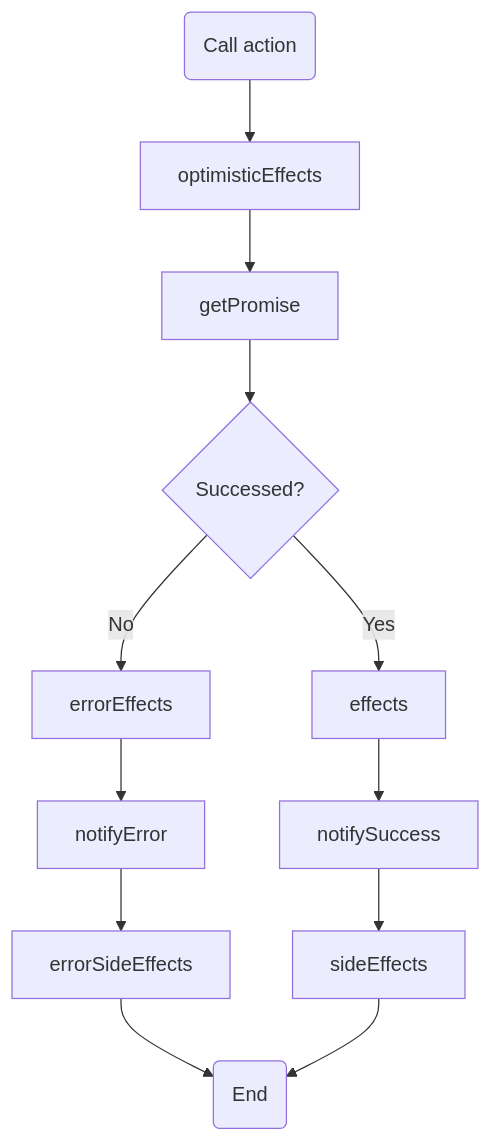
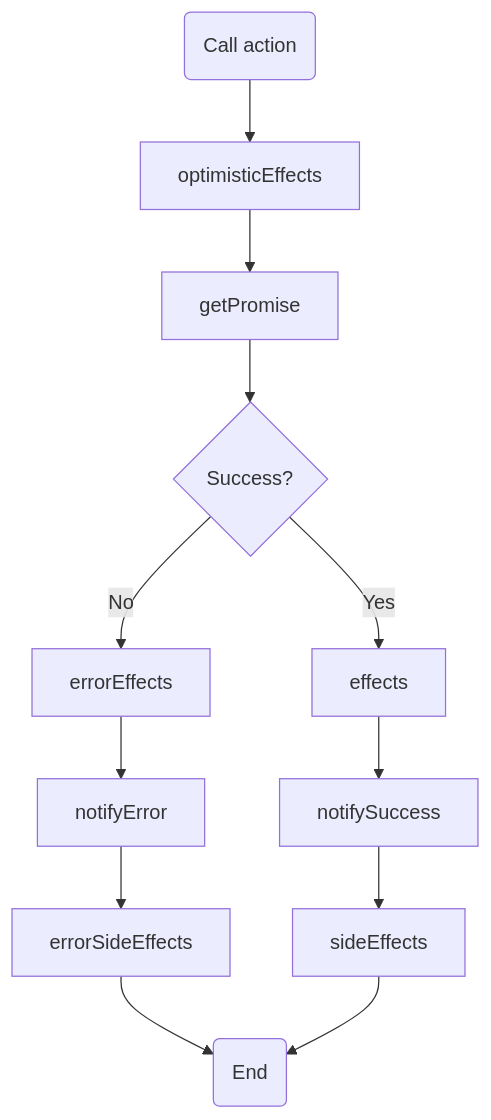
One commit to GlobalSport/state-decorator changed the diagram in README.md. Above: the diagram before and after it, drawn with Mermaid.

````diff
--- a/README.md
+++ b/README.md
@@ -294,14 +294,14 @@
 ```mermaid
 graph TD
     A(Call action) --> optimisticEffects[optimisticEffects]
     optimisticEffects --> getPromise
-    getPromise --> promiseSuccess{Successed?}
+    getPromise --> promiseSuccess{Success?}
     promiseSuccess -->|Yes| effects[effects]
     effects --> notifySuccess[notifySuccess]
     notifySuccess --> sideEffects[sideEffects]
     promiseSuccess -->|No| errorEffects[errorEffects]
     errorEffects --> notifyError[notifyError]
     notifyError --> errSideEffetcs[errorSideEffects]
     errSideEffetcs --> Z
     sideEffects --> Z(End) 
 ```
````
